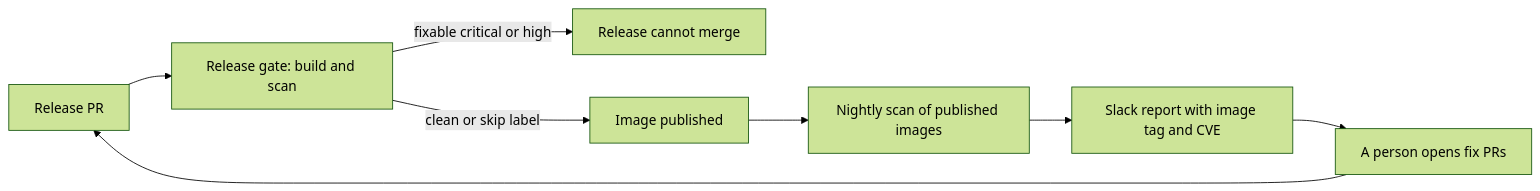
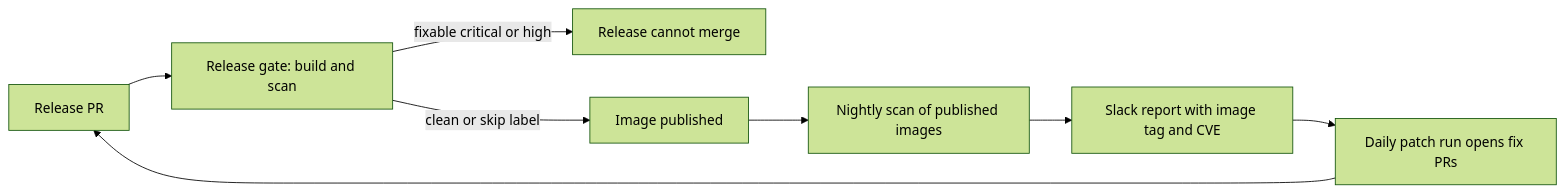
One commit to Unique-AG/connectors changed the first of 4 diagrams in docs/security/image-vulnerabilities.md. Above: the diagram before and after it, drawn with Mermaid (forest theme). The commit also changed other lines of this file and 2 other files, not shown here.

````diff
--- a/docs/security/image-vulnerabilities.md
+++ b/docs/security/image-vulnerabilities.md
@@ -8,10 +8,10 @@
 ```mermaid
 flowchart LR
   releasePr[Release PR] --> gate["Release gate: build and scan"]
   gate -->|fixable critical or high| stop[Release cannot merge]
   gate -->|clean or skip label| publish[Image published]
   publish --> scan[Nightly scan of published images]
   scan --> slack[Slack report with image tag and CVE]
-  slack --> person[A person opens fix PRs]
-  person --> releasePr
+  slack --> patch[Daily patch run opens fix PRs]
+  patch --> releasePr
 ```
````
